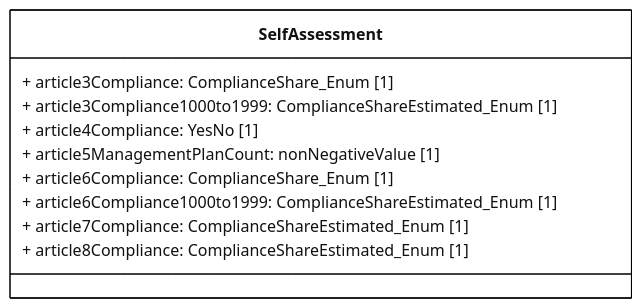
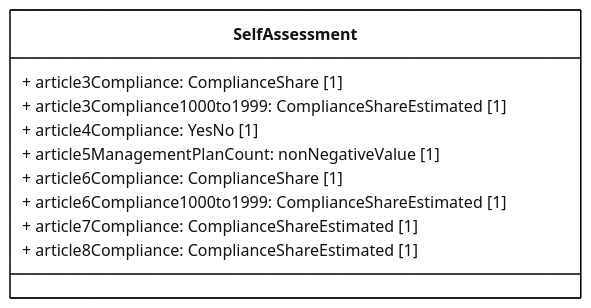
The diagram in docs/rUWWTD2024/Article23/mmd/Article23_SelfAssessment_ClassDiagram.mmd (eeadata/WISE.UWWTD.Documentation), drawn with Mermaid before and after one commit. The commit also changed 13 other files, not shown here.

First line of the commit message:
Drop the _Enum suffix from Article 23 codelist types

```diff
--- a/docs/rUWWTD2024/Article23/mmd/Article23_SelfAssessment_ClassDiagram.mmd
+++ b/docs/rUWWTD2024/Article23/mmd/Article23_SelfAssessment_ClassDiagram.mmd
@@ -1,23 +1,23 @@
 ---
 config:
   class:
     hideEmptyMembersBox: true
   layout: dagre
   theme: neutral
 ---
 classDiagram
 direction LR
 
 class SelfAssessment{
-    + article3Compliance: ComplianceShare_Enum [1]
-    + article3Compliance1000to1999: ComplianceShareEstimated_Enum [1]
+    + article3Compliance: ComplianceShare [1]
+    + article3Compliance1000to1999: ComplianceShareEstimated [1]
     + article4Compliance: YesNo [1]
     + article5ManagementPlanCount: nonNegativeValue [1]
-    + article6Compliance: ComplianceShare_Enum [1]
-    + article6Compliance1000to1999: ComplianceShareEstimated_Enum [1]
-    + article7Compliance: ComplianceShareEstimated_Enum [1]
-    + article8Compliance: ComplianceShareEstimated_Enum [1]
+    + article6Compliance: ComplianceShare [1]
+    + article6Compliance1000to1999: ComplianceShareEstimated [1]
+    + article7Compliance: ComplianceShareEstimated [1]
+    + article8Compliance: ComplianceShareEstimated [1]
 }
 
 classDef default fill:white,stroke:#000;
 classDef forFixing fill:white,stroke:#f00;
```
